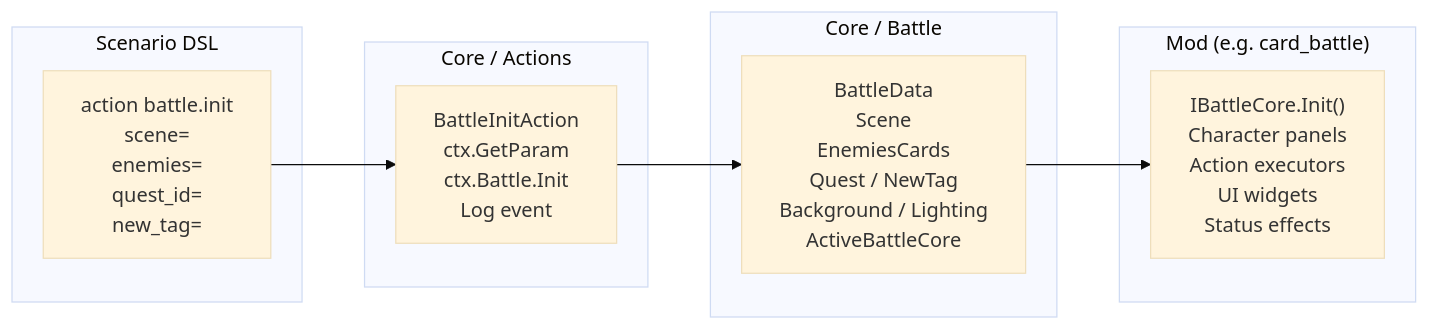
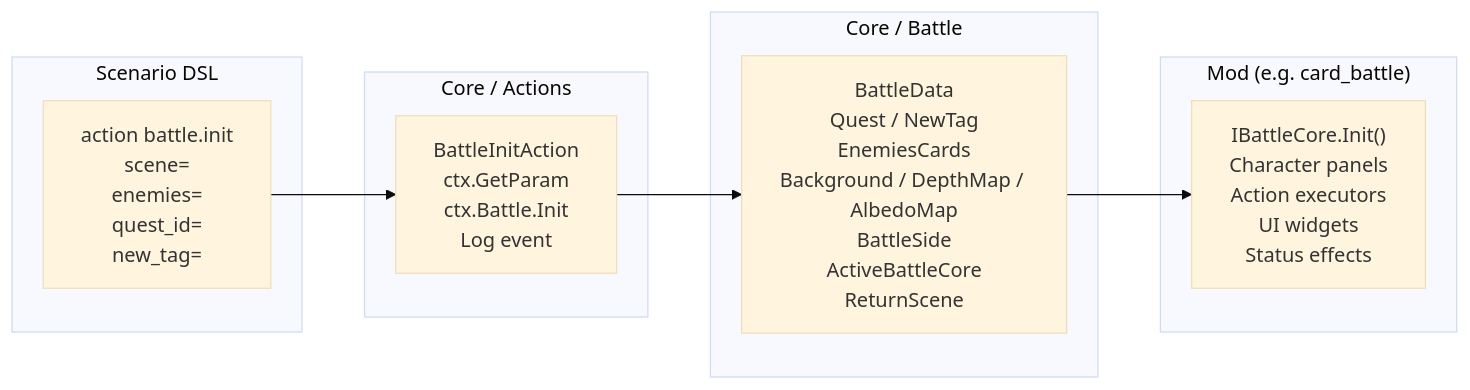
Before and after one commit to cthangover/cthangover.github.io: the first of 2 diagrams in docs/mods/battle/index.md, drawn with Mermaid (base theme). The commit also changed other lines of this file and 40 other files, not shown here.

````diff
--- a/docs/mods/battle/index.md
+++ b/docs/mods/battle/index.md
@@ -7,16 +7,16 @@
 ```mermaid
 flowchart LR
     subgraph DSL["Scenario DSL"]
         A["action battle.init<br/>scene=<br/>enemies=<br/>quest_id=<br/>new_tag="]
     end
     subgraph Actions["Core / Actions"]
         B["BattleInitAction<br/>ctx.GetParam<br/>ctx.Battle.Init<br/>Log event"]
     end
     subgraph Battle["Core / Battle"]
-        C["BattleData<br/>Scene<br/>EnemiesCards<br/>Quest / NewTag<br/>Background / Lighting<br/>ActiveBattleCore"]
+        C["BattleData<br/>Quest / NewTag<br/>EnemiesCards<br/>Background / DepthMap / AlbedoMap<br/>BattleSide<br/>ActiveBattleCore<br/>ReturnScene"]
     end
     subgraph Mod["Mod (e.g. card_battle)"]
         D["IBattleCore.Init()<br/>Character panels<br/>Action executors<br/>UI widgets<br/>Status effects"]
     end
     A --> B --> C --> D
 ```
````
